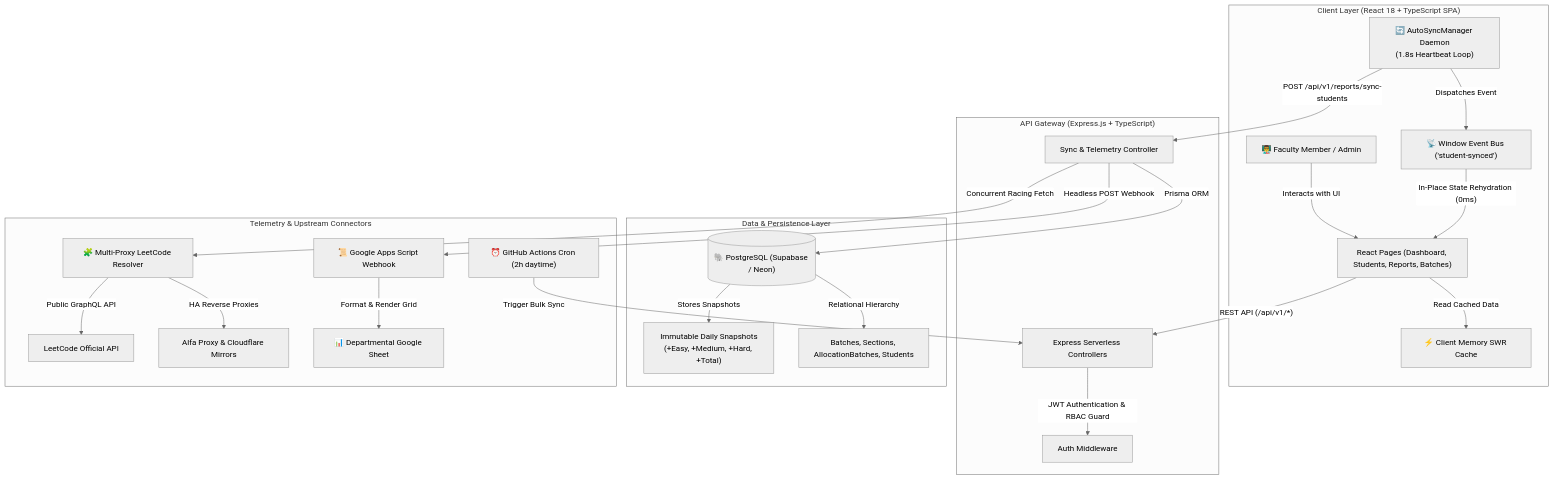
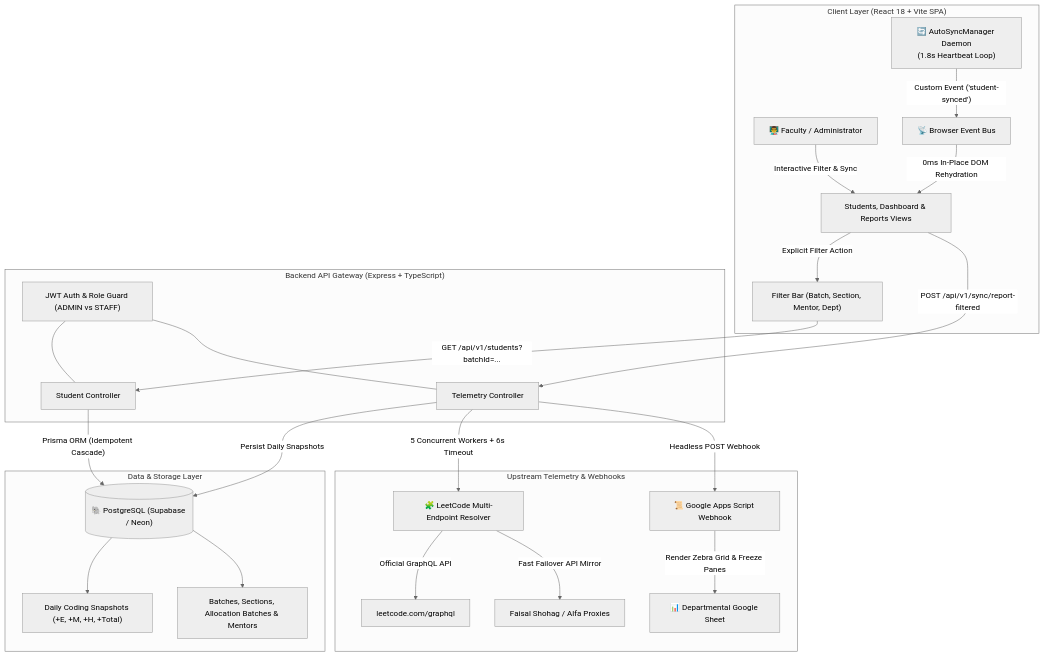
Before and after one commit to Chandru9842/coding-progress-tracker: the diagram in README.md, drawn with Mermaid (neutral theme). The commit also changed other lines of this file, not shown here.

Commit message:
docs: overhaul README with professional enterprise architecture, feature guides, and API reference

````diff
--- a/README.md
+++ b/README.md
@@ -166,32 +90,32 @@
 ```mermaid
-graph TD
-    subgraph Client Layer ["Client Layer (React 18 + TypeScript SPA)"]
-        User["👨‍🏫 Faculty Member / Admin"] -->|"Interacts with UI"| Pages["React Pages (Dashboard, Students, Reports, Batches)"]
-        Daemon["🔄 AutoSyncManager Daemon<br/>(1.8s Heartbeat Loop)"] -->|"Dispatches Event"| EventBus["📡 Window Event Bus ('student-synced')"]
-        EventBus -->|"In-Place State Rehydration (0ms)"| Pages
-        Pages -->|"Read Cached Data"| SWRCache["⚡ Client Memory SWR Cache"]
+flowchart TD
+    subgraph Client ["Client Layer (React 18 + Vite SPA)"]
+        User["👨‍🏫 Faculty / Administrator"] -->|"Interactive Filter & Sync"| UI["Students, Dashboard & Reports Views"]
+        UI -->|"Explicit Filter Action"| FilterBar["Filter Bar (Batch, Section, Mentor, Dept)"]
+        Daemon["🔄 AutoSyncManager Daemon<br/>(1.8s Heartbeat Loop)"] -->|"Custom Event ('student-synced')"| EventBus["📡 Browser Event Bus"]
+        EventBus -->|"0ms In-Place DOM Rehydration"| UI
     end
 
-    subgraph API Gateway ["API Gateway (Express.js + TypeScript)"]
-        Pages -->|"REST API (/api/v1/*)"| API["Express Serverless Controllers"]
-        Daemon -->|"POST /api/v1/reports/sync-students"| SyncCtrl["Sync & Telemetry Controller"]
-        API -->|"JWT Authentication & RBAC Guard"| AuthMiddleware["Auth Middleware"]
+    subgraph ServerGateway ["Backend API Gateway (Express + TypeScript)"]
+        FilterBar -->|"GET /api/v1/students?batchId=..."| StudentCtrl["Student Controller"]
+        UI -->|"POST /api/v1/sync/report-filtered"| SyncCtrl["Telemetry Controller"]
+        AuthMiddleware["JWT Auth & Role Guard (ADMIN vs STAFF)"] --- StudentCtrl
+        AuthMiddleware --- SyncCtrl
     end
 
-    subgraph Data & Storage Layer ["Data & Persistence Layer"]
-        SyncCtrl -->|"Prisma ORM"| DB[("🐘 PostgreSQL (Supabase / Neon)")]
-        DB -->|"Stores Snapshots"| Snapshots["Immutable Daily Snapshots<br/>(+Easy, +Medium, +Hard, +Total)"]
-        DB -->|"Relational Hierarchy"| Rosters["Batches, Sections, AllocationBatches, Students"]
+    subgraph DataStorage ["Data & Storage Layer"]
+        StudentCtrl -->|"Prisma ORM (Idempotent Cascade)"| DB[("🐘 PostgreSQL (Supabase / Neon)")]
+        SyncCtrl -->|"Persist Daily Snapshots"| DB
+        DB --> Snapshots["Daily Coding Snapshots (+E, +M, +H, +Total)"]
+        DB --> Rosters["Batches, Sections, Allocation Batches & Mentors"]
     end
 
-    subgraph Telemetry & External Synchronization Layer ["Telemetry & Upstream Connectors"]
-        SyncCtrl -->|"Concurrent Racing Fetch"| Proxies["🧩 Multi-Proxy LeetCode Resolver"]
-        Proxies -->|"Public GraphQL API"| LeetCodeOfficial["LeetCode Official API"]
-        Proxies -->|"HA Reverse Proxies"| ProxyMirrors["Alfa Proxy & Cloudflare Mirrors"]
+    subgraph TelemetryEngine ["Upstream Telemetry & Webhooks"]
+        SyncCtrl -->|"5 Concurrent Workers + 6s Timeout"| Resolver["🧩 LeetCode Multi-Endpoint Resolver"]
+        Resolver -->|"Official GraphQL API"| LeetOfficial["leetcode.com/graphql"]
+        Resolver -->|"Fast Failover API Mirror"| LeetMirror["Faisal Shohag / Alfa Proxies"]
         
         SyncCtrl -->|"Headless POST Webhook"| AppsScript["📜 Google Apps Script Webhook"]
-        AppsScript -->|"Format & Render Grid"| GoogleSheet["📊 Departmental Google Sheet"]
-        
-        GHA["⏰ GitHub Actions Cron (2h daytime)"] -->|"Trigger Bulk Sync"| API
+        AppsScript -->|"Render Zebra Grid & Freeze Panes"| Sheet["📊 Departmental Google Sheet"]
     end
 ```
````
